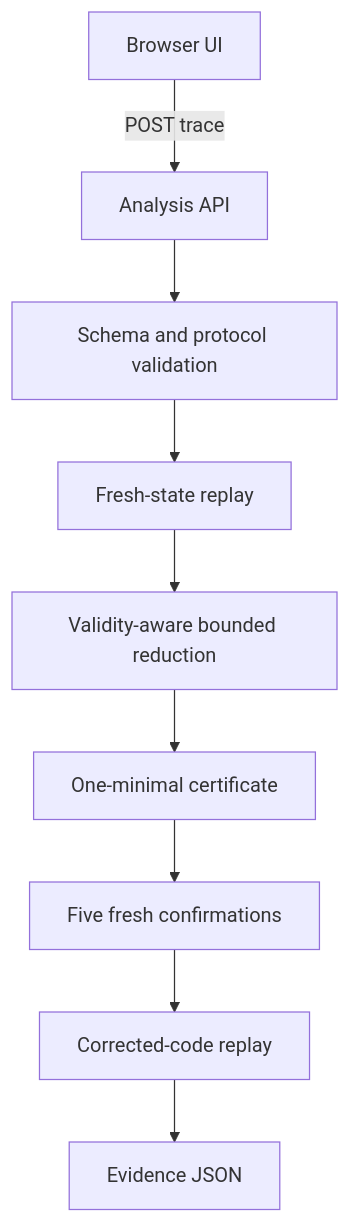
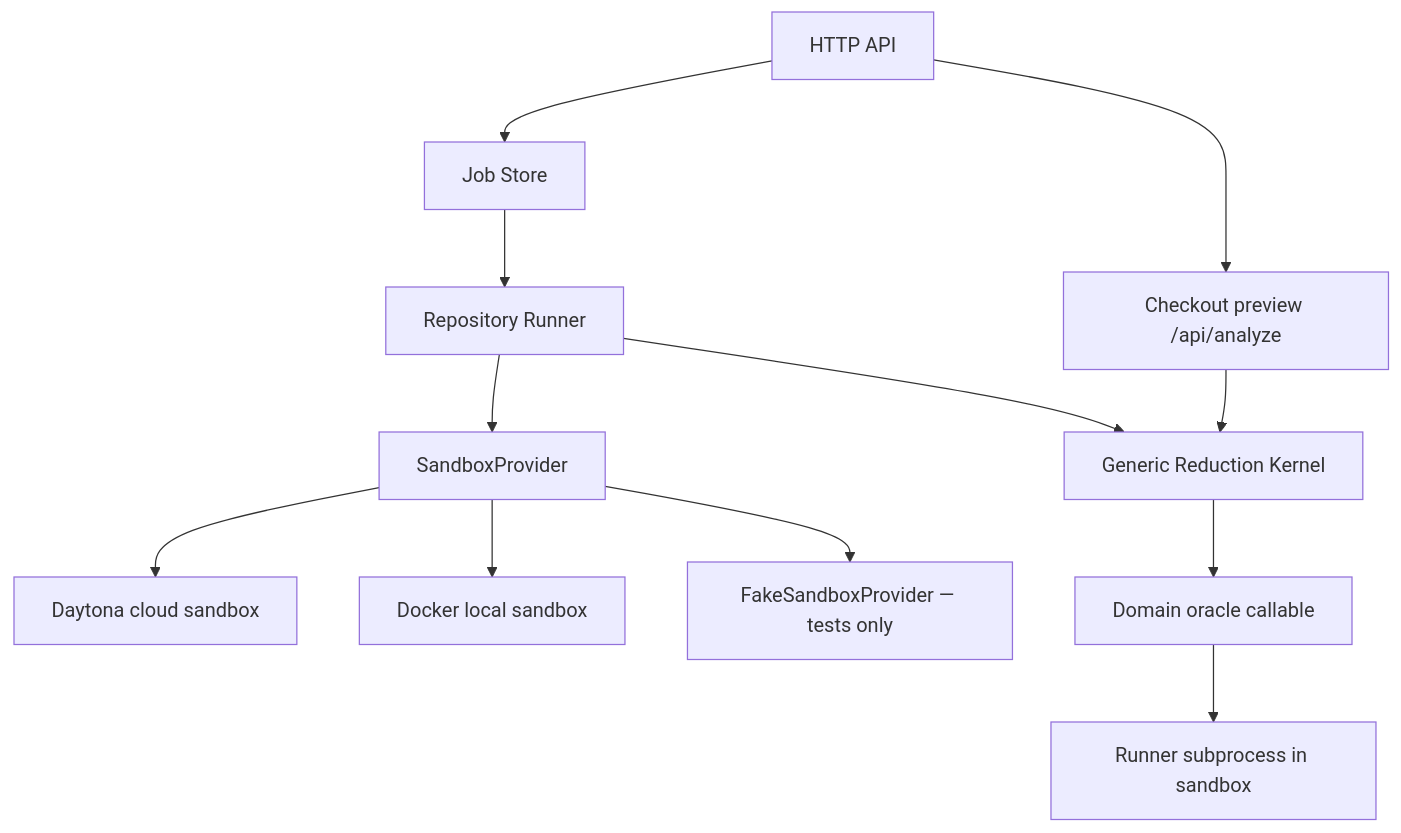
One commit to Syedsaadhhh/SequenceProof changed the diagram in docs/ARCHITECTURE.md. Above: the diagram before and after it, drawn with Mermaid. The commit also changed other lines of this file and 30 other files, not shown here.

Commit message:
feat: add real repository sandbox reduction workflow

````diff
--- a/docs/ARCHITECTURE.md
+++ b/docs/ARCHITECTURE.md
@@ -3,11 +5,14 @@
 ```mermaid
 flowchart TD
-    UI[Browser UI] -->|POST trace| API[Analysis API]
-    API --> VAL[Schema and protocol validation]
-    VAL --> REP[Fresh-state replay]
-    REP --> RED[Validity-aware bounded reduction]
-    RED --> CERT[One-minimal certificate]
-    CERT --> FIVE[Five fresh confirmations]
-    FIVE --> FIX[Corrected-code replay]
-    FIX --> EVID[Evidence JSON]
+    HTTP[HTTP API] --> JOBS[Job Store]
+    HTTP --> ANALYZE[Checkout preview /api/analyze]
+    JOBS --> RUNNER[Repository Runner]
+    RUNNER --> PROVIDER[SandboxProvider]
+    RUNNER --> CORE[Generic Reduction Kernel]
+    PROVIDER --> DAYTONA[Daytona cloud sandbox]
+    PROVIDER --> DOCKER[Docker local sandbox]
+    PROVIDER --> FAKE[FakeSandboxProvider — tests only]
+    CORE --> ORACLE[Domain oracle callable]
+    ORACLE --> SUBPROCESS[Runner subprocess in sandbox]
+    ANALYZE --> CORE
 ```
````
